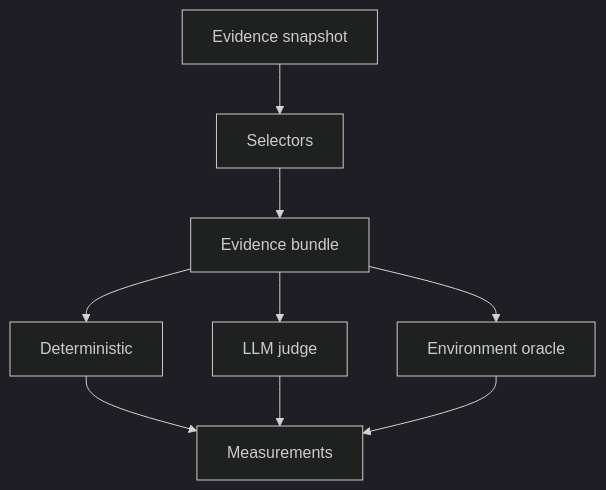
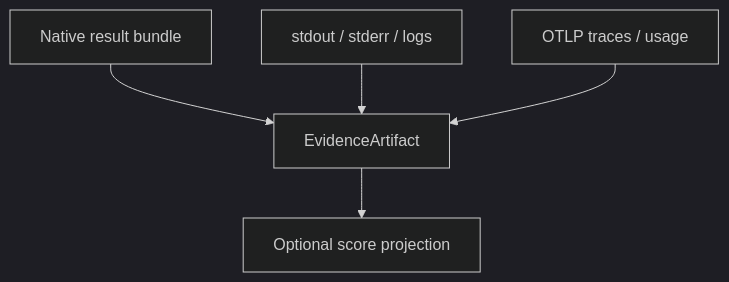
The fifth of 8 diagrams in en/evaluation/how-it-works.md (softprobe/document-website), drawn with Mermaid (dark theme) before and after one commit. The commit also changed other lines of this file and 57 other files, not shown here.

````diff
--- a/en/evaluation/how-it-works.md
+++ b/en/evaluation/how-it-works.md
@@ -126,12 +110,12 @@
 ```mermaid
 flowchart TB
-  Snap[Evidence snapshot]
-  Sel[Selectors]
-  Bund[Evidence bundle]
-  Ev1[Deterministic]
-  Ev2[LLM judge]
-  Ev3[Environment oracle]
-  Meas[Measurements]
-  Snap --> Sel --> Bund
-  Bund --> Ev1 & Ev2 & Ev3 --> Meas
+  Bundle[Native result bundle]
+  Logs[stdout / stderr / logs]
+  Trace[OTLP traces / usage]
+  Ev[EvidenceArtifact]
+  Proj[Optional score projection]
+  Bundle --> Ev
+  Logs --> Ev
+  Trace --> Ev
+  Ev --> Proj
 ```
````
